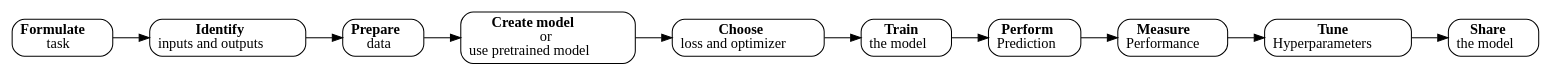
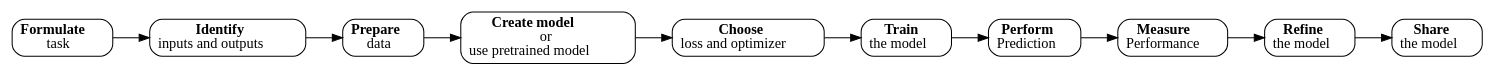
The diagram in fig/graphviz/pipeline.dot (qualiaMachine/deep-learning-intro), drawn with Graphviz before and after one commit. The commit also changed 16 other files, not shown here.

```diff
--- a/fig/graphviz/pipeline.dot
+++ b/fig/graphviz/pipeline.dot
@@ -1,22 +1,22 @@
 digraph {
     #configs
 	rankdir=LR;
     node [shape=rect, style=rounded]
 
     #special nodes
     formulate [label=<<B>Formulate</B><BR/>task>]
     i_o [label=<<B>Identify</B><BR/>inputs and outputs>]
     prepare [label=<<B>Prepare</B><BR/>data>]
 	create_model [label=<<B>Create model </B><BR/>or<BR/>use pretrained model>]
     loss [label=<<B>Choose</B><BR/>loss and optimizer>]
     train [label=<<B>Train</B><BR/>the model>]
     predict [label=<<B>Perform</B><BR/>Prediction>]
     quality [label=<<B>Measure</B><BR/>Performance>]
-    tune [label=<<B>Tune</B><BR/>Hyperparameters>]
+    refine [label=<<B>Refine</B><BR/>the model>]
     share [label=<<B>Share</B><BR/>the model>]
 
     #the graph
     formulate -> i_o -> prepare 
     prepare -> create_model -> loss
-    loss -> train -> predict -> quality -> tune -> share
+    loss -> train -> predict -> quality -> refine -> share
 }
```
